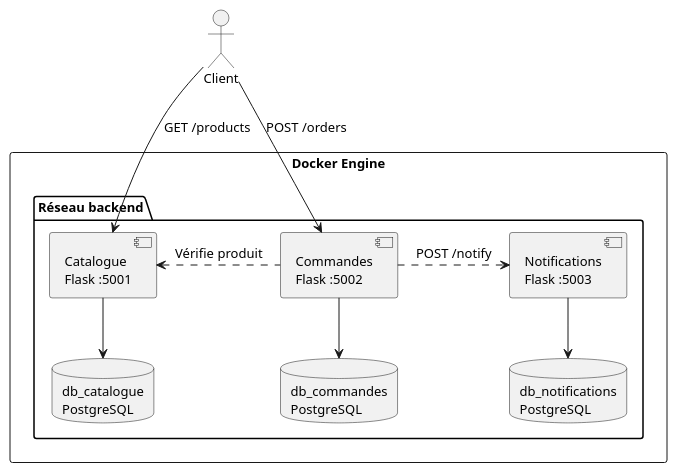
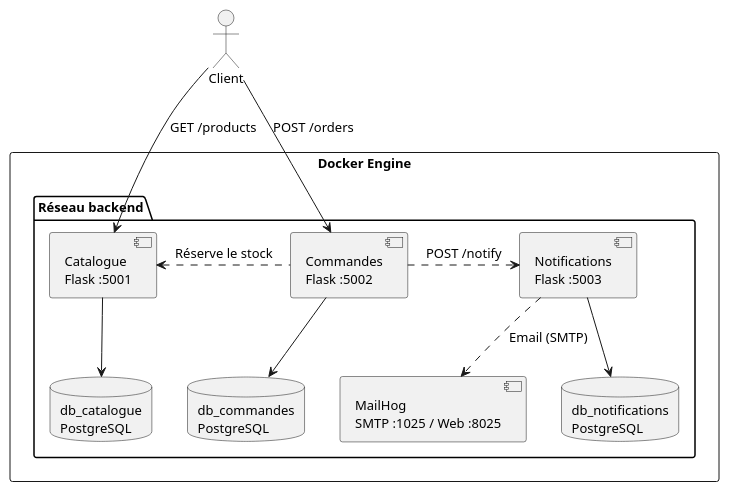
One commit to moallayasmin1/cloudify-pme-artisanale changed the diagram in docs/architecture.puml. Above: the diagram before and after it, drawn with PlantUML. The commit also changed 4 other files, not shown here.

Commit message:
Mise a jour schema et captures (MailHog)

```diff
--- a/docs/architecture.puml
+++ b/docs/architecture.puml
@@ -1,28 +1,30 @@
 @startuml
 skinparam shadowing false
 skinparam defaultFontSize 13
 
 actor "Client" as Client
 
 rectangle "Docker Engine" {
     package "Réseau backend" {
-        
+
         component "Catalogue\nFlask :5001" as Catalogue
         component "Commandes\nFlask :5002" as Commandes
         component "Notifications\nFlask :5003" as Notifications
-        
+        component "MailHog\nSMTP :1025 / Web :8025" as MailHog
+
         database "db_catalogue\nPostgreSQL" as DB_Cat
         database "db_commandes\nPostgreSQL" as DB_Cmd
         database "db_notifications\nPostgreSQL" as DB_Notif
     }
 }
 
 Client --> Commandes : "POST /orders"
 Client --> Catalogue : "GET /products"
-Commandes .left.> Catalogue : "Vérifie produit"
+Commandes .left.> Catalogue : "Réserve le stock"
 Commandes .right.> Notifications : "POST /notify"
+Notifications .down.> MailHog : "Email (SMTP)"
 Catalogue --> DB_Cat
 Commandes --> DB_Cmd
 Notifications --> DB_Notif
 
 @enduml
```
